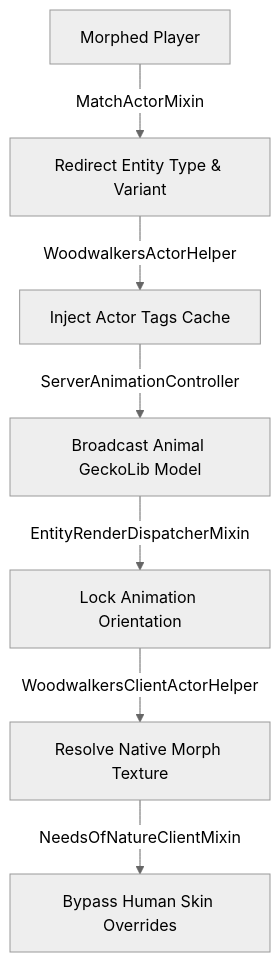
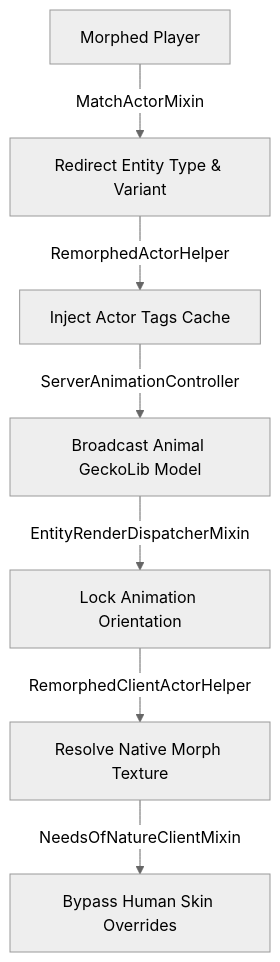
One commit to DeconstructedCube/non_identity2_bridge changed the diagram in README.md. Above: the diagram before and after it, drawn with Mermaid (neutral theme). The commit also changed other lines of this file and 15 other files, not shown here.

````diff
--- a/README.md
+++ b/README.md
@@ -28,9 +28,9 @@
 ```mermaid
 graph TD
     Player[Morphed Player] --> |MatchActorMixin| Type[Redirect Entity Type & Variant]
-    Type --> |WoodwalkersActorHelper| Tags[Inject Actor Tags Cache]
+    Type --> |RemorphedActorHelper| Tags[Inject Actor Tags Cache]
     Tags --> |ServerAnimationController| Broadcast[Broadcast Animal GeckoLib Model]
     Broadcast --> |EntityRenderDispatcherMixin| Orientation[Lock Animation Orientation]
-    Orientation --> |WoodwalkersClientActorHelper| Texture[Resolve Native Morph Texture]
+    Orientation --> |RemorphedClientActorHelper| Texture[Resolve Native Morph Texture]
     Texture --> |NeedsOfNatureClientMixin| Render[Bypass Human Skin Overrides]
 ```
````
